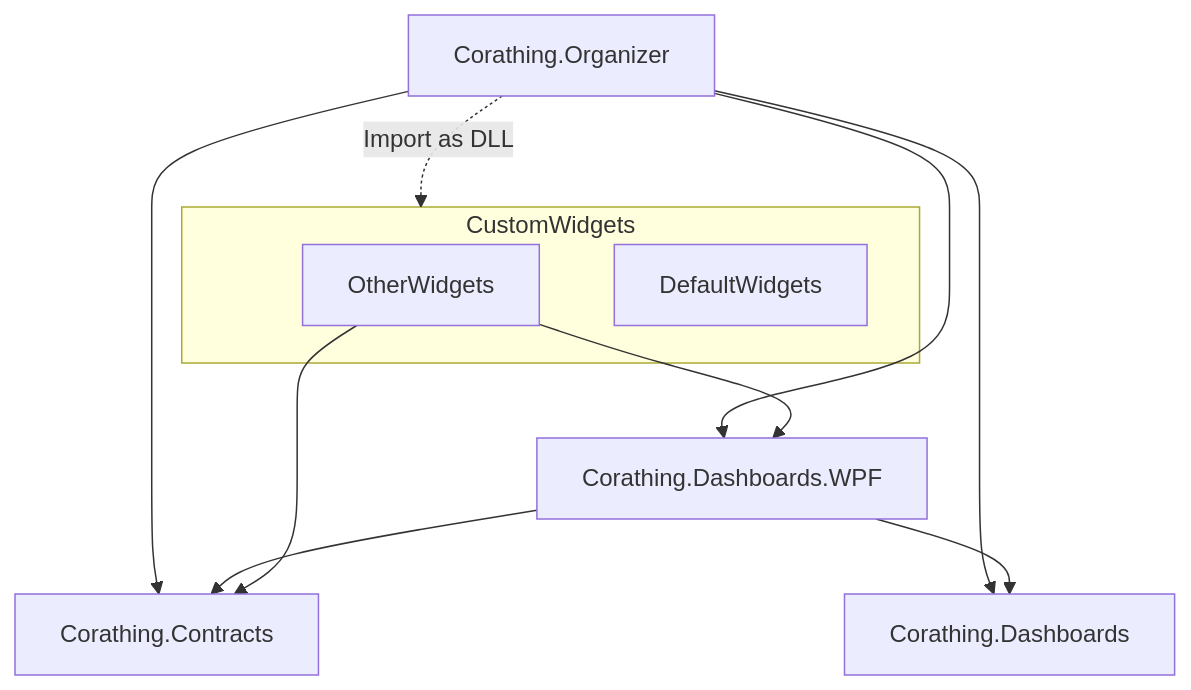
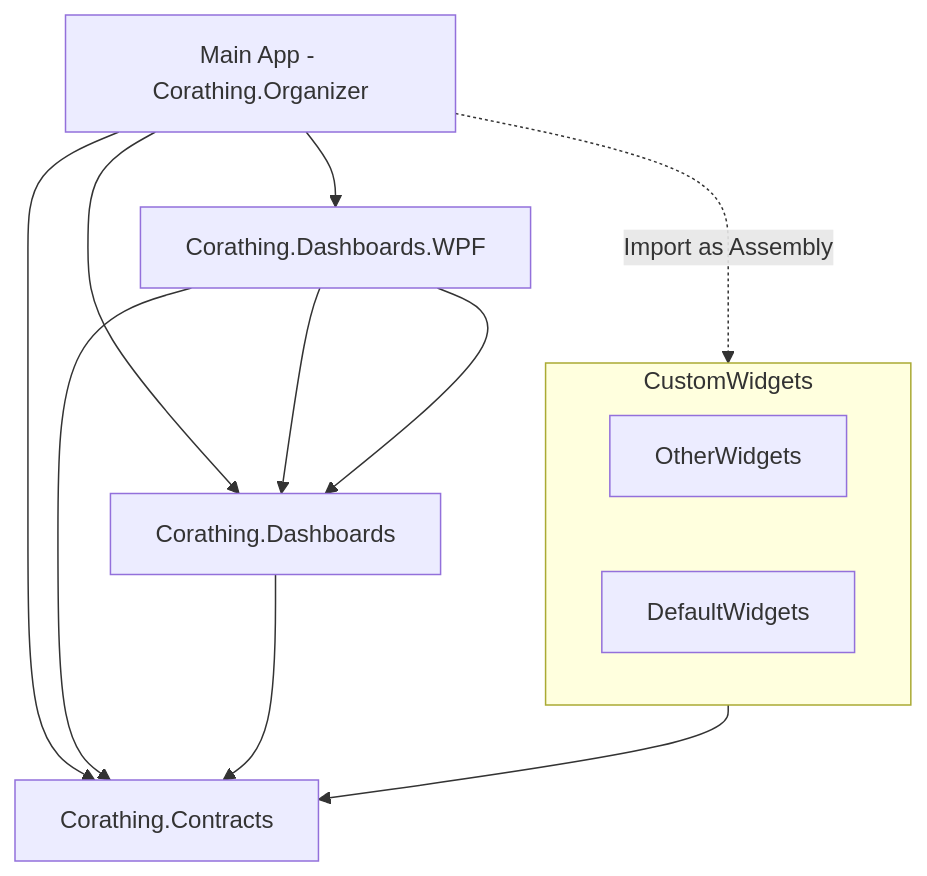
Before and after one commit to dogzz9445/Corathing: the diagram in README.md, drawn with Mermaid. The commit also changed other lines of this file and 11 other files, not shown here.

````diff
--- a/README.md
+++ b/README.md
@@ -36,16 +36,17 @@
 ```mermaid
 graph
-    A[Corathing.Organizer] --> B[Corathing.Contracts]
+    A[Main App - Corathing.Organizer] --> B[Corathing.Contracts]
+    A --> C2[Corathing.Dashboards.WPF]
     A --> C1[Corathing.Dashboards]
-    A --> C2[Corathing.Dashboards.WPF]
     C2 --> C1
     C2 --> B
+    C2 --> C1
+    C1 --> B
     subgraph CustomWidgets
         D[CustomWidgets]
         E[DefaultWidgets]
         D[OtherWidgets]
     end
-    D --> B
-    D --> C2
-    A -. Import as DLL .-> CustomWidgets
+    A -. Import as Assembly .-> CustomWidgets
+    CustomWidgets --> B
 ```
````
